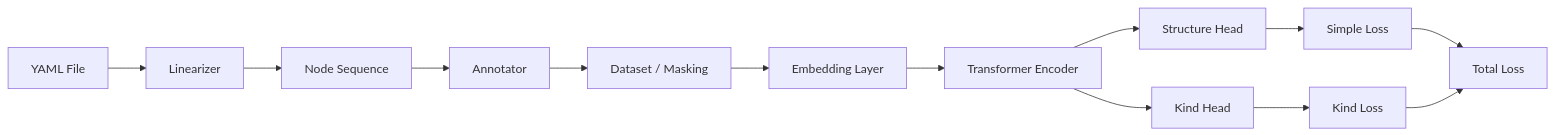
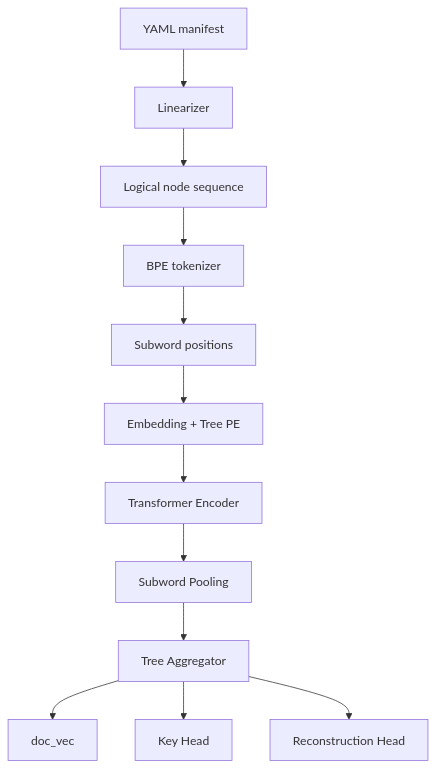
One commit to vimalk78/yaml-bert changed the first of 2 diagrams in docs/architecture.md. Above: the diagram before and after it, drawn with Mermaid. The commit also changed other lines of this file and 21 other files, not shown here.

````diff
--- a/docs/architecture.md
+++ b/docs/architecture.md
@@ -25,15 +38,14 @@
 ```mermaid
-graph LR
-    A[YAML File] --> B[Linearizer]
-    B --> C[Node Sequence]
-    C --> D[Annotator]
-    D --> E[Dataset / Masking]
-    E --> F[Embedding Layer]
+graph TD
+    A[YAML manifest] --> B[Linearizer]
+    B --> C[Logical node sequence]
+    C --> D[BPE tokenizer]
+    D --> E[Subword positions]
+    E --> F[Embedding + Tree PE]
     F --> G[Transformer Encoder]
-    G --> H1[Structure Head]
-    G --> H2[Kind Head]
-    H1 --> L1[Simple Loss]
-    H2 --> L2[Kind Loss]
-    L1 --> L[Total Loss]
-    L2 --> L
+    G --> H[Subword Pooling]
+    H --> I[Tree Aggregator]
+    I --> J[doc_vec]
+    I --> K[Key Head]
+    I --> L[Reconstruction Head]
 ```
````
